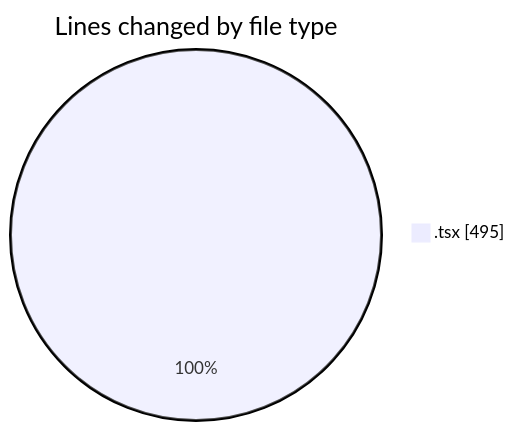
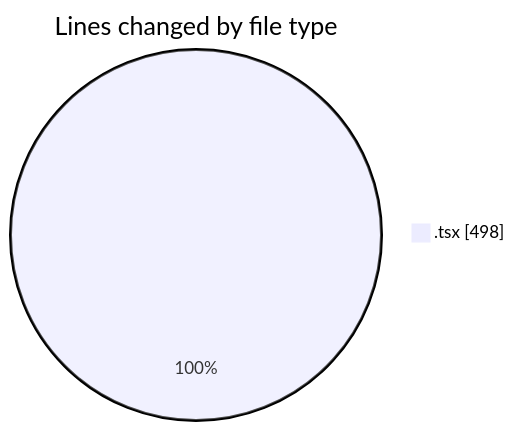
Before and after one commit to robertbonfada/code-tracking: the first of 2 diagrams in 2025-03-12/termonied-web/README.md, drawn with Mermaid. The commit also changed other lines of this file and 1 other file, not shown here.

````diff
--- a/2025-03-12/termonied-web/README.md
+++ b/2025-03-12/termonied-web/README.md
@@ -21,5 +21,5 @@
 ```mermaid
 pie showData
 title Lines changed by file type
-".tsx" : 495
+".tsx" : 498
 ```
````
